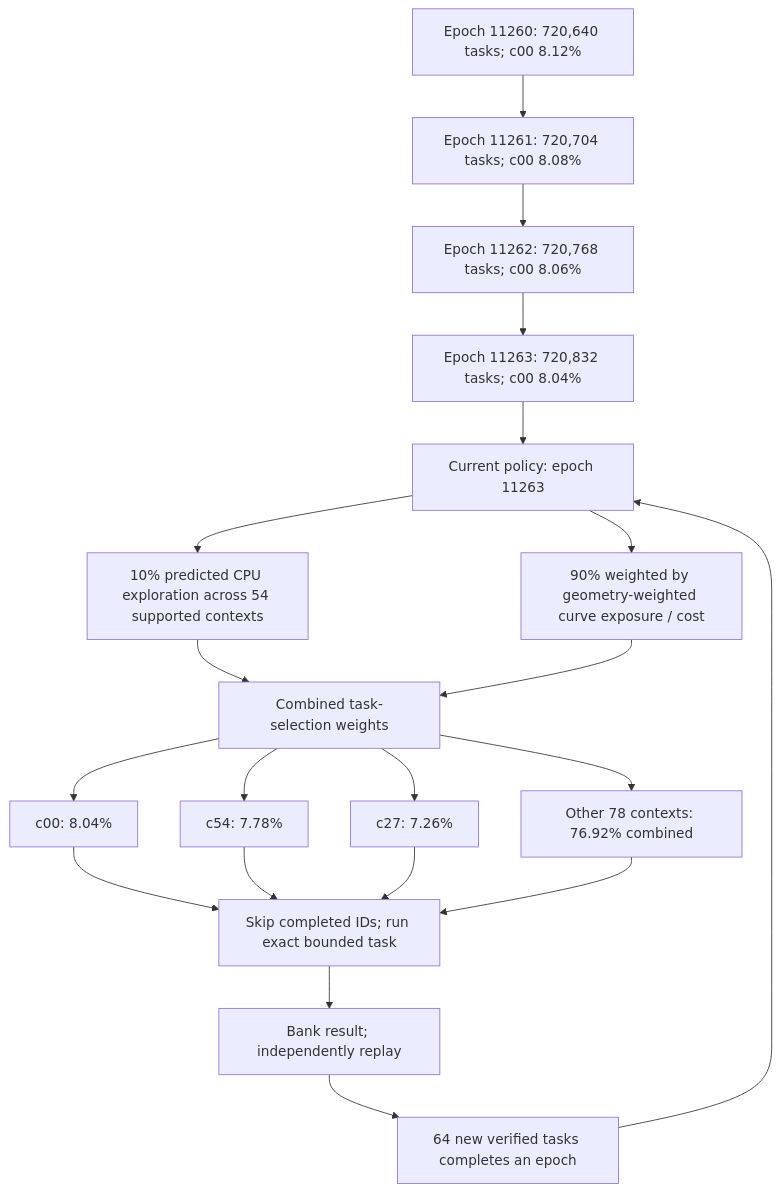
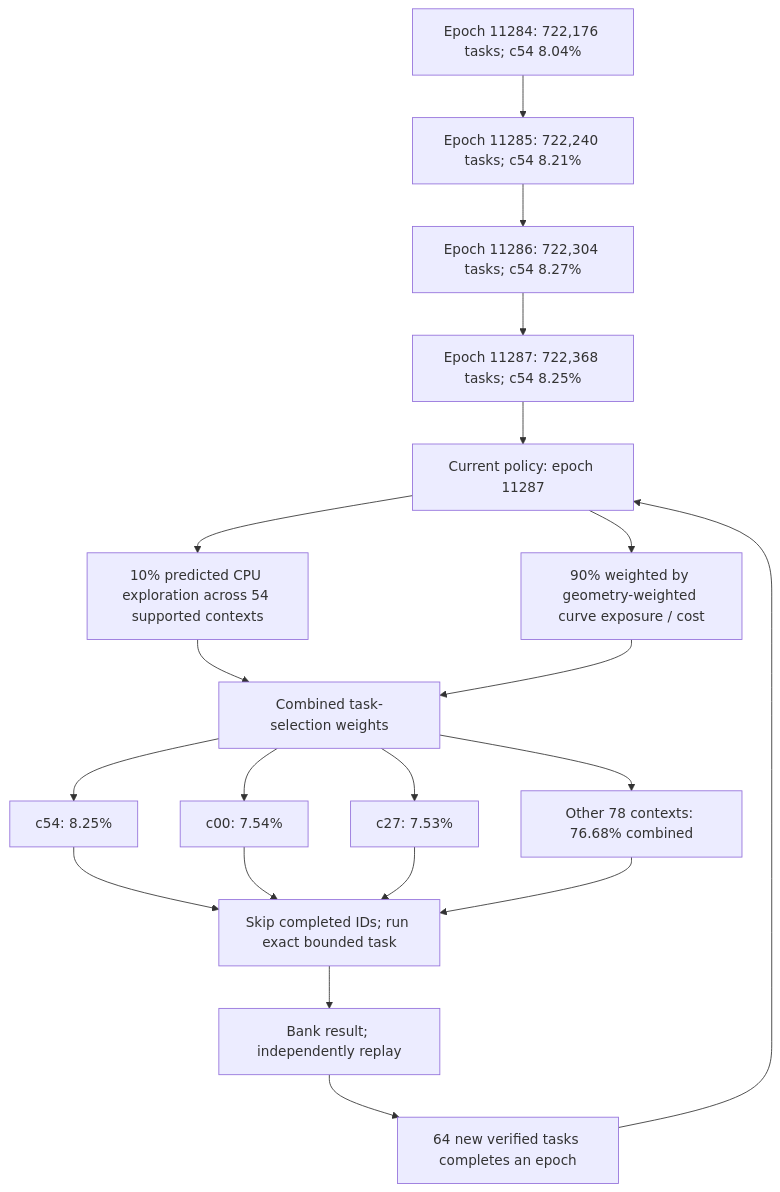
The first of 4 diagrams in README.md (Kuberwastaken/math-gambling), drawn with Mermaid before and after one commit. The commit also changed other lines of this file and 3378 other files, not shown here.

````diff
--- a/README.md
+++ b/README.md
@@ -60,27 +60,27 @@
 ```mermaid
 flowchart TD
-    H0["Epoch 11260: 720,640 tasks; c00 8.12%"]
-    H1["Epoch 11261: 720,704 tasks; c00 8.08%"]
+    H0["Epoch 11284: 722,176 tasks; c54 8.04%"]
+    H1["Epoch 11285: 722,240 tasks; c54 8.21%"]
     H0 --> H1
-    H2["Epoch 11262: 720,768 tasks; c00 8.06%"]
+    H2["Epoch 11286: 722,304 tasks; c54 8.27%"]
     H1 --> H2
-    H3["Epoch 11263: 720,832 tasks; c00 8.04%"]
+    H3["Epoch 11287: 722,368 tasks; c54 8.25%"]
     H2 --> H3
-    Policy["Current policy: epoch 11263"]
+    Policy["Current policy: epoch 11287"]
     H3 --> Policy
     Policy --> Explore["10% predicted CPU exploration across 54 supported contexts"]
     Policy --> Cost["90% weighted by geometry-weighted curve exposure / cost"]
     Explore --> Mix["Combined task-selection weights"]
     Cost --> Mix
-    Mix --> C0["c00: 8.04%"]
-    Mix --> C1["c54: 7.78%"]
-    Mix --> C2["c27: 7.26%"]
-    Mix --> Rest["Other 78 contexts: 76.92% combined"]
+    Mix --> C0["c54: 8.25%"]
+    Mix --> C1["c00: 7.54%"]
+    Mix --> C2["c27: 7.53%"]
+    Mix --> Rest["Other 78 contexts: 76.68% combined"]
     C0 --> Check["Skip completed IDs; run exact bounded task"]
     C1 --> Check
     C2 --> Check
     Rest --> Check
     Check --> Replay["Bank result; independently replay"]
     Replay --> Gate["64 new verified tasks completes an epoch"]
     Gate --> Policy
 ```
````
